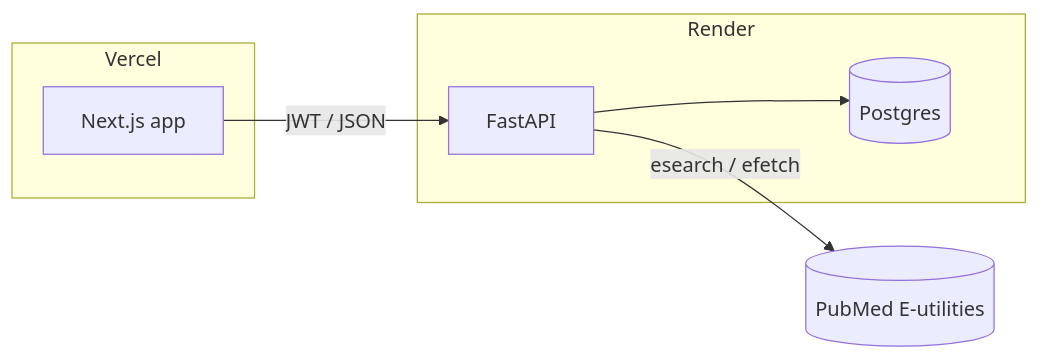
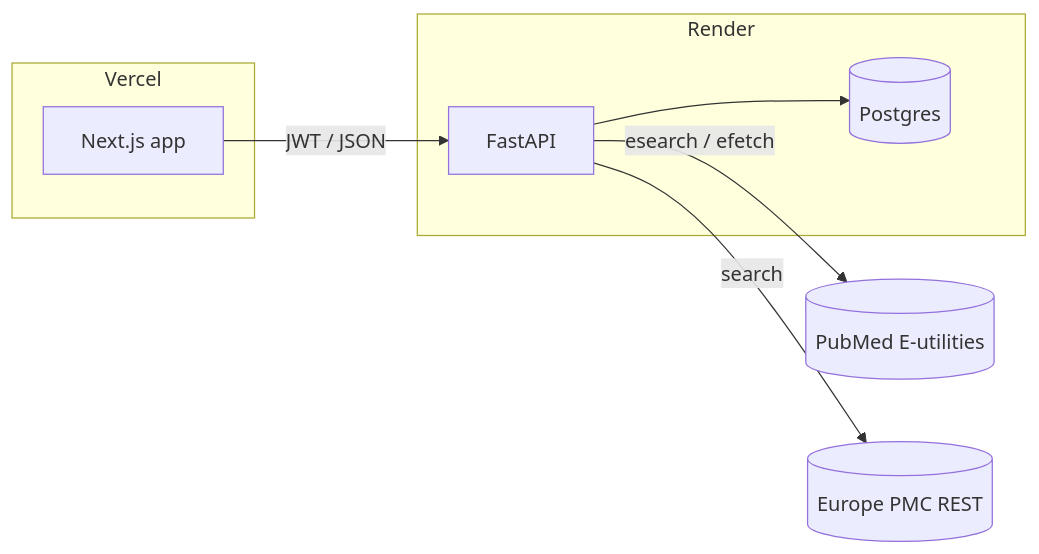
Before and after one commit to VishnuDatta510/YouPlusMeThreeMama: the diagram in README.md, drawn with Mermaid. The commit also changed other lines of this file and 1 other file, not shown here.

Commit message:
Bring the README up to date: Europe PMC, the eight criteria, merged groups in the diff and revert

````diff
--- a/README.md
+++ b/README.md
@@ -78,14 +78,16 @@
 ```mermaid
 flowchart LR
   subgraph Vercel
     UI[Next.js app]
   end
   subgraph Render
     API[FastAPI]
     DB[(Postgres)]
   end
   NCBI[(PubMed E-utilities)]
+  EPMC[(Europe PMC REST)]
   UI -- JWT / JSON --> API
   API -- esearch / efetch --> NCBI
+  API -- search --> EPMC
   API --> DB
 ```
````
